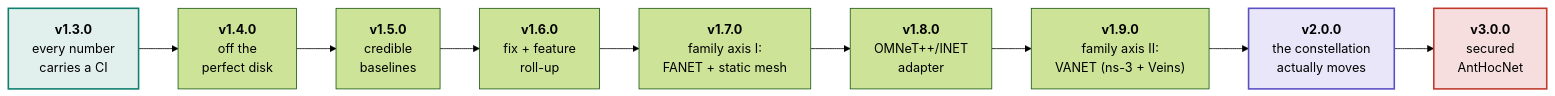
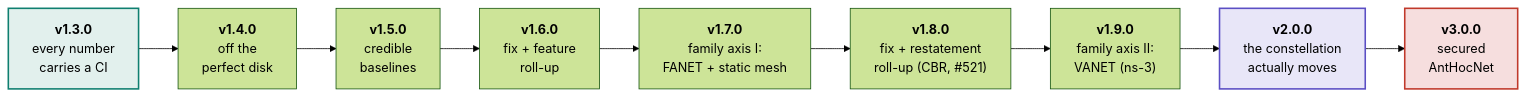
One commit to danieljoppi/AntHocNet changed the first of 2 diagrams in docs/roadmap.md. Above: the diagram before and after it, drawn with Mermaid (forest theme). The commit also changed other lines of this file and 1 other file, not shown here.

First line of the commit message:
docs(roadmap): defer the OMNeT++/INET adapter; v1.8.0 becomes the #521 roll-up

````diff
--- a/docs/roadmap.md
+++ b/docs/roadmap.md
@@ -40,18 +40,18 @@
 ```mermaid
 flowchart LR
     V13["<b>v1.3.0</b><br/>every number<br/>carries a CI"]
     V14["<b>v1.4.0</b><br/>off the<br/>perfect disk"]
     V15["<b>v1.5.0</b><br/>credible<br/>baselines"]
     V16["<b>v1.6.0</b><br/>fix + feature<br/>roll-up"]
     V17["<b>v1.7.0</b><br/>family axis I:<br/>FANET + static mesh"]
-    V18["<b>v1.8.0</b><br/>OMNeT++/INET<br/>adapter"]
-    V19["<b>v1.9.0</b><br/>family axis II:<br/>VANET (ns-3 + Veins)"]
+    V18["<b>v1.8.0</b><br/>fix + restatement<br/>roll-up (CBR, #521)"]
+    V19["<b>v1.9.0</b><br/>family axis II:<br/>VANET (ns-3)"]
     V20["<b>v2.0.0</b><br/>the constellation<br/>actually moves"]
     V30["<b>v3.0.0</b><br/>secured<br/>AntHocNet"]
 
     V13 --> V14 --> V15 --> V16 --> V17 --> V18 --> V19 --> V20 --> V30
 
     style V13 fill:#e2f0ed,stroke:#0f7f70,stroke-width:2px
     style V20 fill:#e8e6f8,stroke:#5b4fc4,stroke-width:2px
     style V30 fill:#f6dede,stroke:#c0392b,stroke-width:2px
 ```
````
